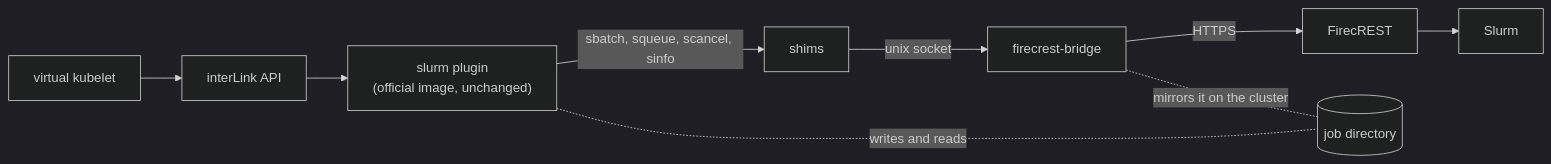
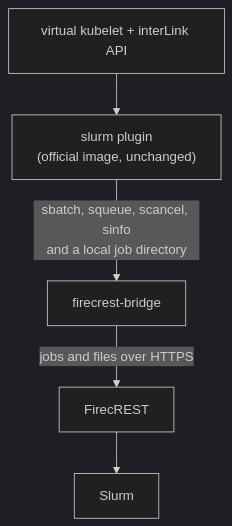
Before and after one commit to matbun/interlink-firecrest-plugin: the diagram in README.md, drawn with Mermaid (dark theme). The commit also changed 1 other file, not shown here.

Commit message:
READMEs: narrower, simpler Mermaid diagrams
Top to bottom instead of left to right, with the shims, socket and job
directory folded into edge labels, so they fit the GitHub page width.

````diff
--- a/README.md
+++ b/README.md
@@ -12,9 +12,6 @@
 ```mermaid
-flowchart LR
-  vk["virtual kubelet"] --> api["interLink API"] --> plugin["slurm plugin<br/>(official image, unchanged)"]
-  plugin -- "sbatch, squeue, scancel, sinfo" --> shims["shims"]
-  shims -- "unix socket" --> bridge["firecrest-bridge"]
-  bridge -- HTTPS --> firecrest["FirecREST"] --> slurm["Slurm"]
-  plugin -. "writes and reads" .- jobs[("job directory")]
-  bridge -. "mirrors it on the cluster" .- jobs
+flowchart TB
+  vk["virtual kubelet + interLink API"] --> plugin["slurm plugin<br/>(official image, unchanged)"]
+  plugin -- "sbatch, squeue, scancel, sinfo<br/>and a local job directory" --> bridge["firecrest-bridge"]
+  bridge -- "jobs and files over HTTPS" --> firecrest["FirecREST"] --> slurm["Slurm"]
 ```
````
